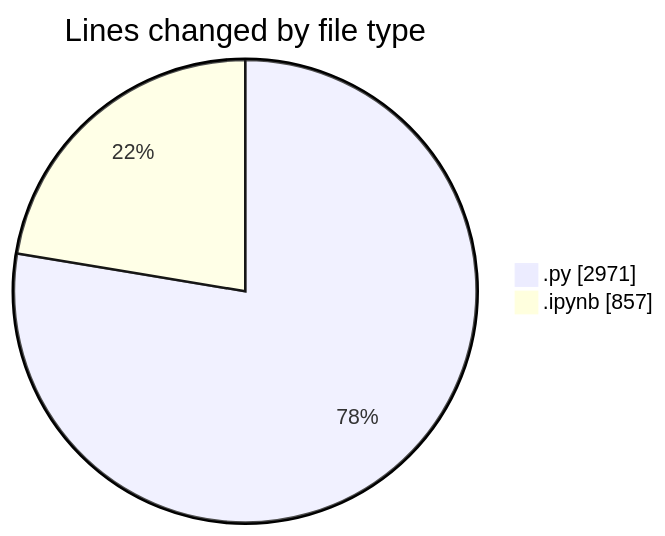
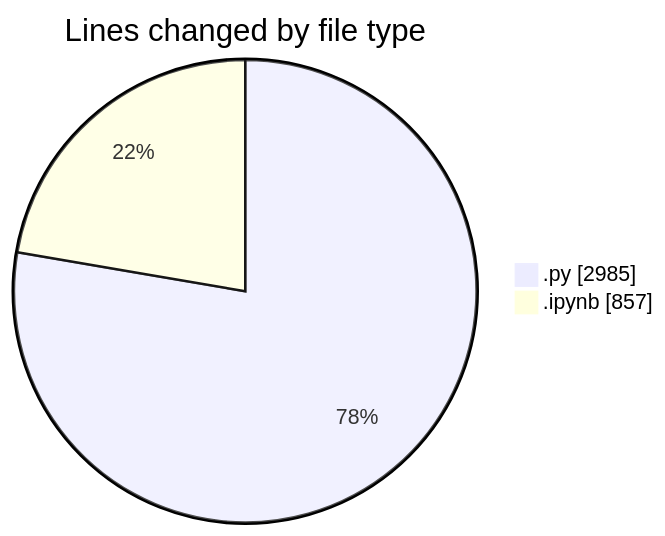
One commit to MatusMokan/code-tracking changed the first of 2 diagrams in 2025-11-15/untitled__workspace_/README.md. Above: the diagram before and after it, drawn with Mermaid. The commit also changed other lines of this file and 1 other file, not shown here.

````diff
--- a/2025-11-15/untitled__workspace_/README.md
+++ b/2025-11-15/untitled__workspace_/README.md
@@ -29,6 +29,6 @@
 ```mermaid
 pie showData
 title Lines changed by file type
-".py" : 2971
+".py" : 2985
 ".ipynb" : 857
 ```
````
